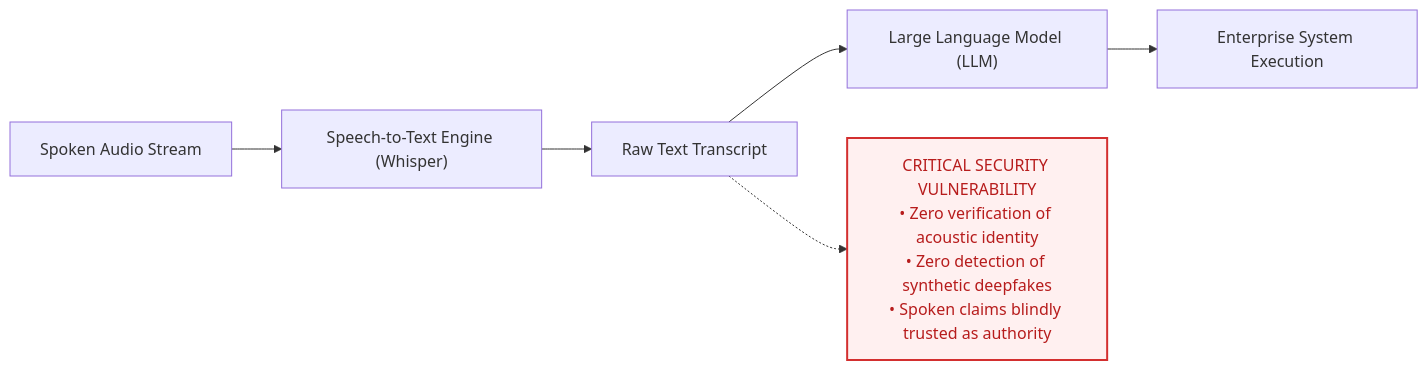
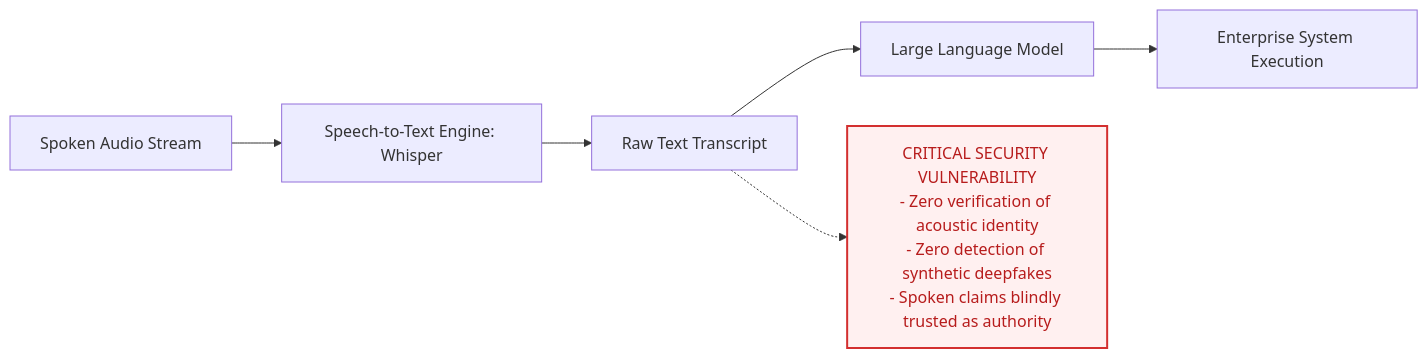
One commit to sharancode3/Intentlock changed the first of 9 diagrams in README.md. Above: the diagram before and after it, drawn with Mermaid. The commit also changed other lines of this file, not shown here.

Commit message:
fix(docs): resolve GitHub Mermaid parsing errors across all diagram specifications

````diff
--- a/README.md
+++ b/README.md
@@ -69,10 +69,10 @@
 ```mermaid
 flowchart LR
-    AUDIO["Spoken Audio Stream"] --> STT["Speech-to-Text Engine (Whisper)"]
+    AUDIO["Spoken Audio Stream"] --> STT["Speech-to-Text Engine: Whisper"]
     STT --> TXT["Raw Text Transcript"]
-    TXT --> LLM["Large Language Model (LLM)"]
+    TXT --> LLM["Large Language Model"]
     LLM --> EXEC["Enterprise System Execution"]
 
-    TXT -.-> VULN["CRITICAL SECURITY VULNERABILITY<br/>• Zero verification of acoustic identity<br/>• Zero detection of synthetic deepfakes<br/>• Spoken claims blindly trusted as authority"]
+    TXT -.-> VULN["CRITICAL SECURITY VULNERABILITY<br/>- Zero verification of acoustic identity<br/>- Zero detection of synthetic deepfakes<br/>- Spoken claims blindly trusted as authority"]
     style VULN fill:#FFF0F0,stroke:#D32F2F,stroke-width:2px,color:#B71C1C
 ```
````
